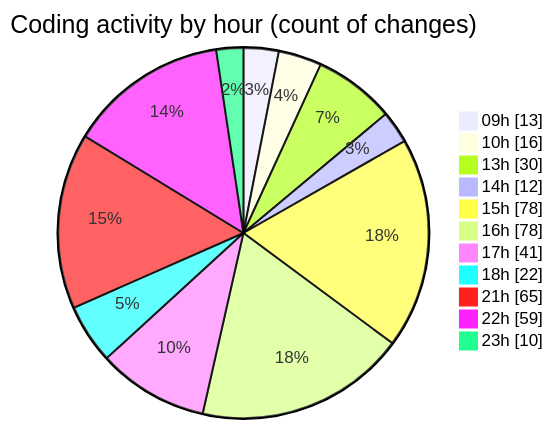
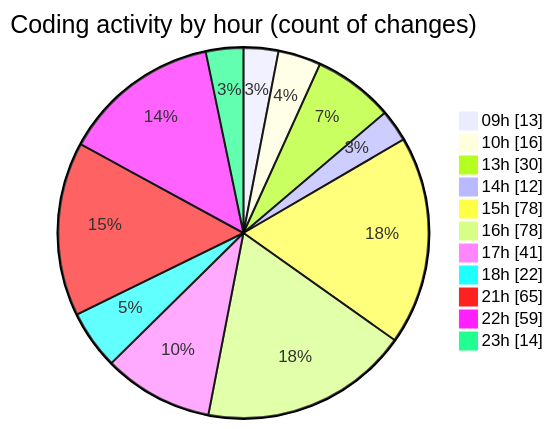
The second of 2 diagrams in 2025-03-31/cda/README.md (momahboobian/code-tracking), drawn with Mermaid before and after one commit. The commit also changed other lines of this file and 1 other file, not shown here.

````diff
--- a/2025-03-31/cda/README.md
+++ b/2025-03-31/cda/README.md
@@ -50,15 +50,15 @@
 ```mermaid
 pie showData
 title Coding activity by hour (count of changes)
 "09h" : 13
 "10h" : 16
 "13h" : 30
 "14h" : 12
 "15h" : 78
 "16h" : 78
 "17h" : 41
 "18h" : 22
 "21h" : 65
 "22h" : 59
-"23h" : 10
+"23h" : 14
 ```
````
